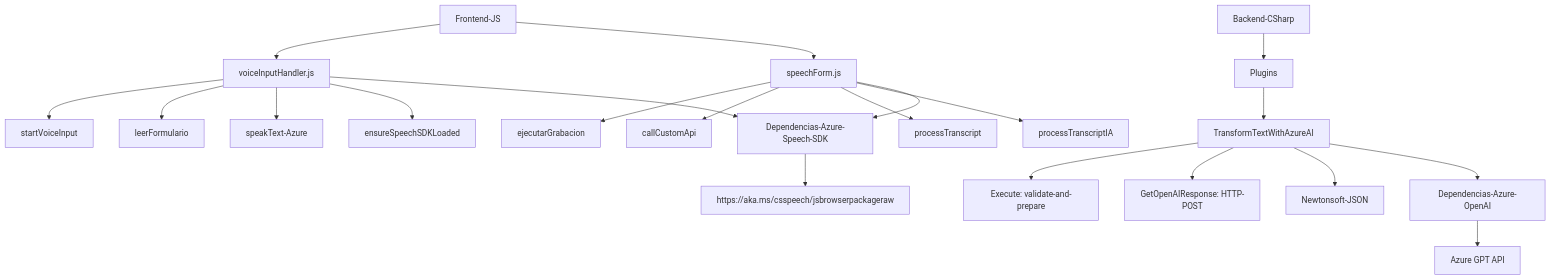
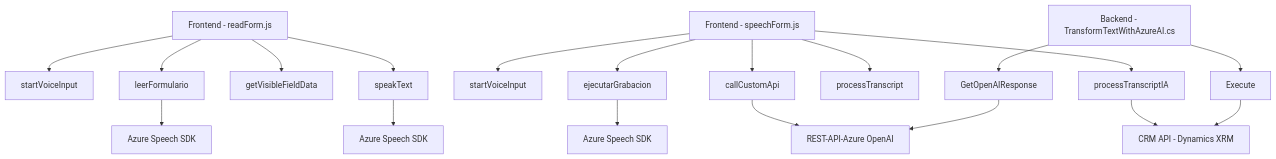
One commit to blopezdm/NETCORE_BILBAO2025 changed the diagram in README.md. Above: the diagram before and after it, drawn with Mermaid. The commit also changed other lines of this file, not shown here.

````diff
--- a/README.md
+++ b/README.md
@@ -37,27 +41,24 @@
 ```mermaid
 graph TD
-  A["Frontend-JS"] --> B["voiceInputHandler.js"]
-  B --> C["startVoiceInput"]
-  B --> D["leerFormulario"]
-  B --> E["speakText-Azure"]
-  B --> F["ensureSpeechSDKLoaded"]
+  A["Frontend - readForm.js"] --> B["startVoiceInput"]
+  A --> C["leerFormulario"]
+  A --> D["getVisibleFieldData"]
+  A --> E["speakText"]
 
-  A --> G["speechForm.js"]
-  G --> H["ejecutarGrabacion"]
-  G --> I["callCustomApi"]
-  G --> J["processTranscript"]
-  G --> K["processTranscriptIA"]
+  F["Frontend - speechForm.js"] --> G["startVoiceInput"]
+  F --> H["ejecutarGrabacion"]
+  F --> I["callCustomApi"]
+  F --> J["processTranscript"]
+  F --> K["processTranscriptIA"]
 
-  X["Backend-CSharp"] --> L["Plugins"]
-  L --> M["TransformTextWithAzureAI"]
-  M --> N["Execute: validate-and-prepare"]
-  M --> O["GetOpenAIResponse: HTTP-POST"]
-  M --> P["Newtonsoft-JSON"]
+  E --> L["Azure Speech SDK"]
+  H --> M["Azure Speech SDK"]
+  I --> N["REST-API-Azure OpenAI"]
+  K --> P["CRM API - Dynamics XRM"]
+  C --> Q["Azure Speech SDK"]
 
-  B --> Q["Dependencias-Azure-Speech-SDK"]
-  G --> Q
-  Q --> R["https://aka.ms/csspeech/jsbrowserpackageraw"]
-
-  M --> S["Dependencias-Azure-OpenAI"]
-  S --> T["Azure GPT API"]
+  O["Backend - TransformTextWithAzureAI.cs"] --> R["GetOpenAIResponse"]
+  R --> N
+  O --> S["Execute"]
+  S --> P
 ```
````
